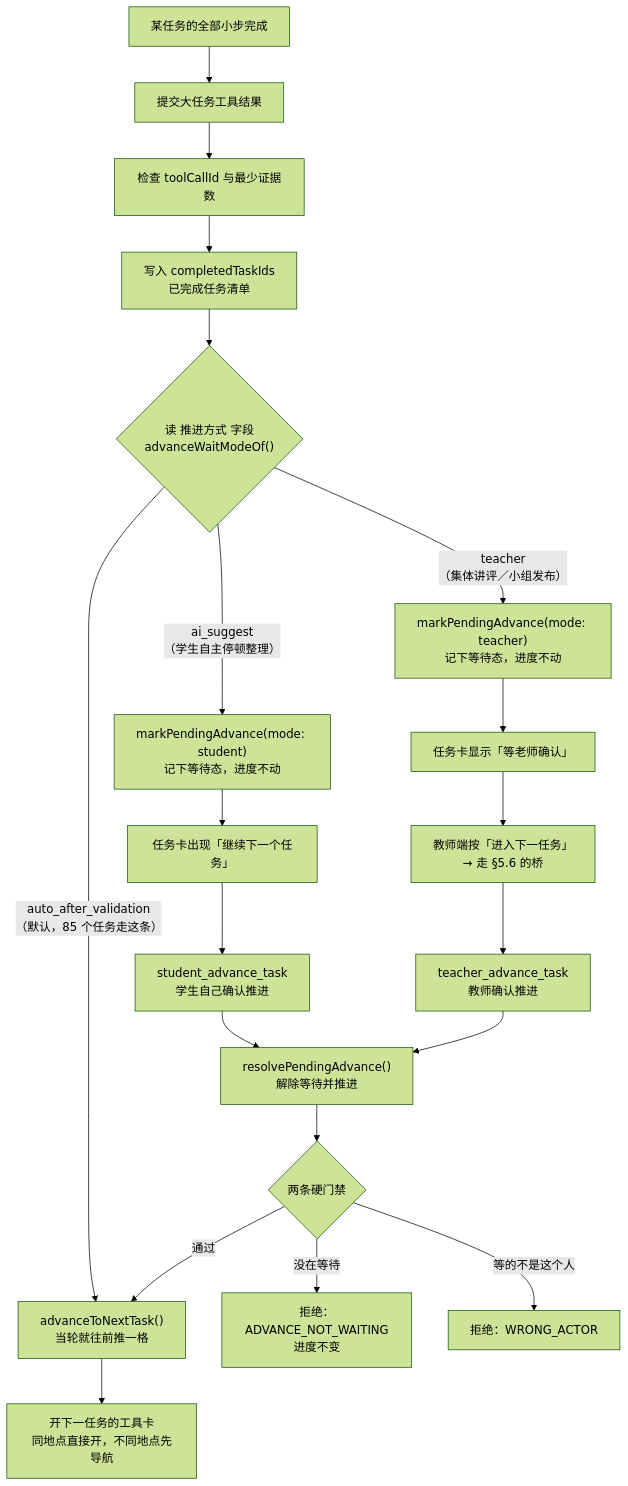
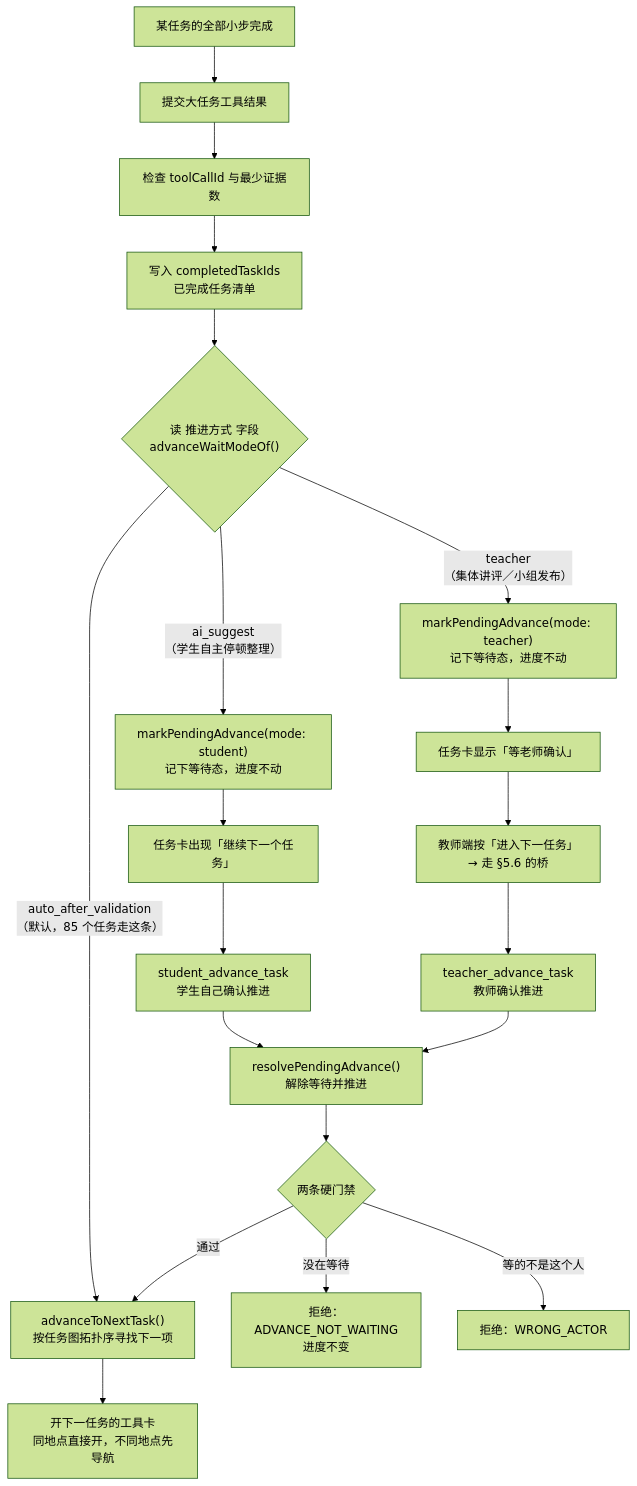
The sixth of 7 diagrams in TECHNICAL-LOGIC.md (sonya8892l-byte/bounderless-learning), drawn with Mermaid (forest theme) before and after one commit. The commit also changed other lines of this file and 58 other files, not shown here.

````diff
--- a/TECHNICAL-LOGIC.md
+++ b/TECHNICAL-LOGIC.md
@@ -280,26 +284,26 @@
 ```mermaid
 flowchart TD
     A["某任务的全部小步完成"] --> B["提交大任务工具结果"]
     B --> C["检查 toolCallId 与最少证据数"]
     C --> D["写入 completedTaskIds<br/>已完成任务清单"]
     D --> E{"读 推进方式 字段<br/>advanceWaitModeOf()"}
 
-    E -->|"auto_after_validation<br/>（默认，85 个任务走这条）"| F["advanceToNextTask()<br/>当轮就往前推一格"]
+    E -->|"auto_after_validation<br/>（默认，85 个任务走这条）"| F["advanceToNextTask()<br/>按任务图拓扑序寻找下一项"]
     E -->|"ai_suggest<br/>（学生自主停顿整理）"| G["markPendingAdvance(mode: student)<br/>记下等待态，进度不动"]
     E -->|"teacher<br/>（集体讲评／小组发布）"| H["markPendingAdvance(mode: teacher)<br/>记下等待态，进度不动"]
 
     G --> I["任务卡出现「继续下一个任务」"]
     H --> J["任务卡显示「等老师确认」"]
 
     I --> K["student_advance_task<br/>学生自己确认推进"]
     J --> L["教师端按「进入下一任务」<br/>→ 走 §5.6 的桥"]
     L --> M["teacher_advance_task<br/>教师确认推进"]
 
     K --> N["resolvePendingAdvance()<br/>解除等待并推进"]
     M --> N
     N --> O{"两条硬门禁"}
     O -->|"没在等待"| P["拒绝：ADVANCE_NOT_WAITING<br/>进度不变"]
     O -->|"等的不是这个人"| Q["拒绝：WRONG_ACTOR"]
     O -->|通过| F
     F --> R["开下一任务的工具卡<br/>同地点直接开，不同地点先导航"]
 ```
````
